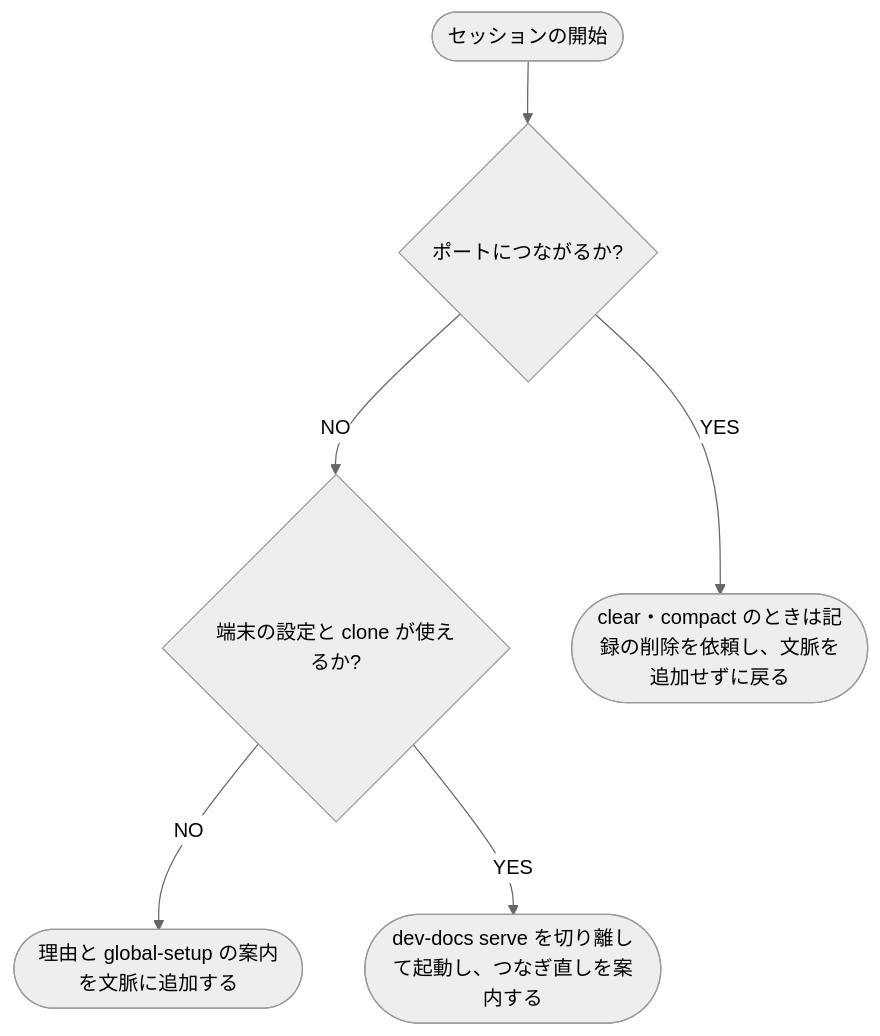
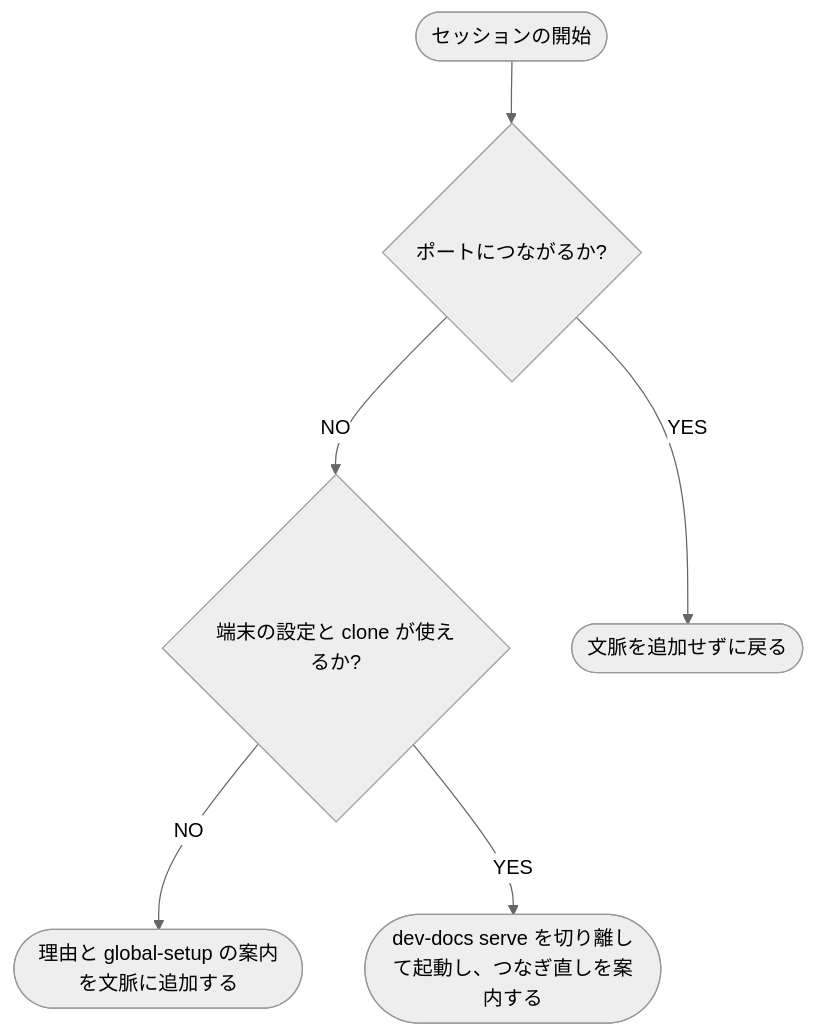
One commit to shuhei1101/dev-docs changed the diagram in docs/guide/コアコンセプト-管理用プラグイン.md. Above: the diagram before and after it, drawn with Mermaid (neutral theme). The commit also changed other lines of this file and 18 other files, not shown here.

````diff
--- a/docs/guide/コアコンセプト-管理用プラグイン.md
+++ b/docs/guide/コアコンセプト-管理用プラグイン.md
@@ -26,14 +30,14 @@
 ```mermaid
 flowchart TD
   START([セッションの開始])
   Q0{ポートにつながるか?}
   Q1{端末の設定と clone が使えるか?}
   A1([dev-docs serve を切り離して起動し、つなぎ直しを案内する])
   A2([理由と global-setup の案内を文脈に追加する])
-  A3([clear・compact のときは記録の削除を依頼し、文脈を追加せずに戻る])
+  A3([文脈を追加せずに戻る])
   START --> Q0
   Q0 -->|YES| A3
   Q0 -->|NO| Q1
   Q1 -->|NO| A2
   Q1 -->|YES| A1
 ```
````
